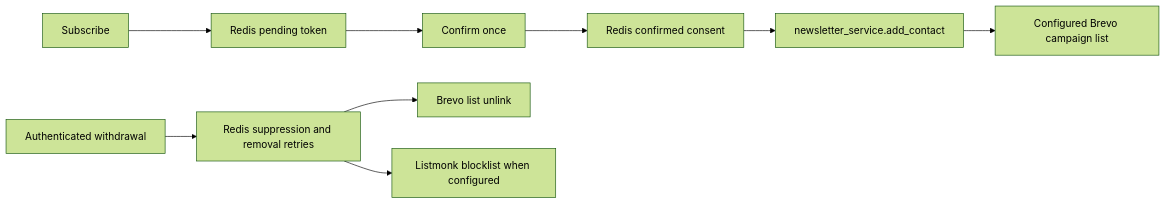
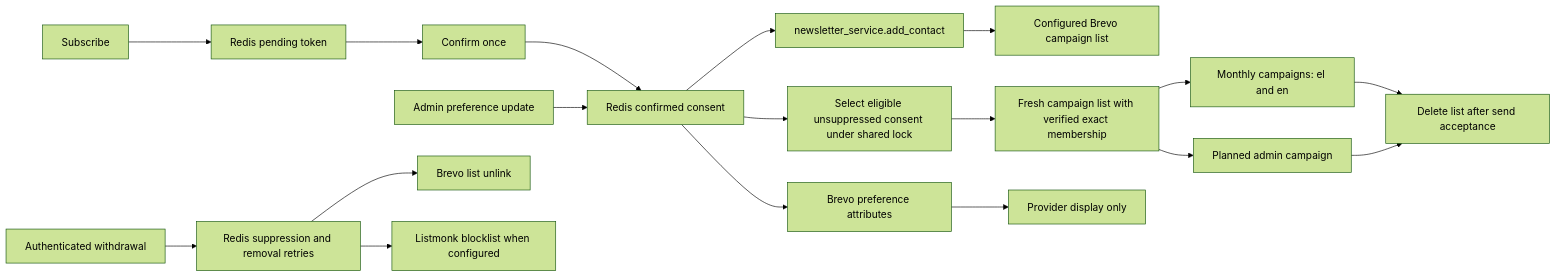
Before and after one commit to NeaBouli/pnyx: the diagram in docs/operations/NEWSLETTER_SOURCE_OF_TRUTH.md, drawn with Mermaid (forest theme). The commit also changed other lines of this file and 27 other files, not shown here.

First line of the commit message:
feat(newsletter): preference-aware campaign audiences (#667) (#683)

````diff
--- a/docs/operations/NEWSLETTER_SOURCE_OF_TRUTH.md
+++ b/docs/operations/NEWSLETTER_SOURCE_OF_TRUTH.md
@@ -57,11 +58,20 @@
 ```mermaid
 flowchart LR
     Subscribe[Subscribe] --> Pending[Redis pending token]
     Pending --> Confirm[Confirm once]
     Confirm --> Consent[Redis confirmed consent]
     Consent --> Add[newsletter_service.add_contact]
     Add --> Brevo[Configured Brevo campaign list]
+    Preferences[Admin preference update] --> Consent
+    Consent --> Attributes[Brevo preference attributes]
+    Consent --> Gate[Select eligible unsuppressed consent under shared lock]
+    Gate --> Temporary[Fresh campaign list with verified exact membership]
+    Temporary --> Monthly[Monthly campaigns: el and en]
+    Temporary --> Admin[Planned admin campaign]
+    Monthly --> Cleanup[Delete list after send acceptance]
+    Admin --> Cleanup
+    Attributes --> Display[Provider display only]
     Withdraw[Authenticated withdrawal] --> Suppression[Redis suppression and removal retries]
     Suppression --> Unlink[Brevo list unlink]
     Suppression --> Blocklist[Listmonk blocklist when configured]
 ```
````
